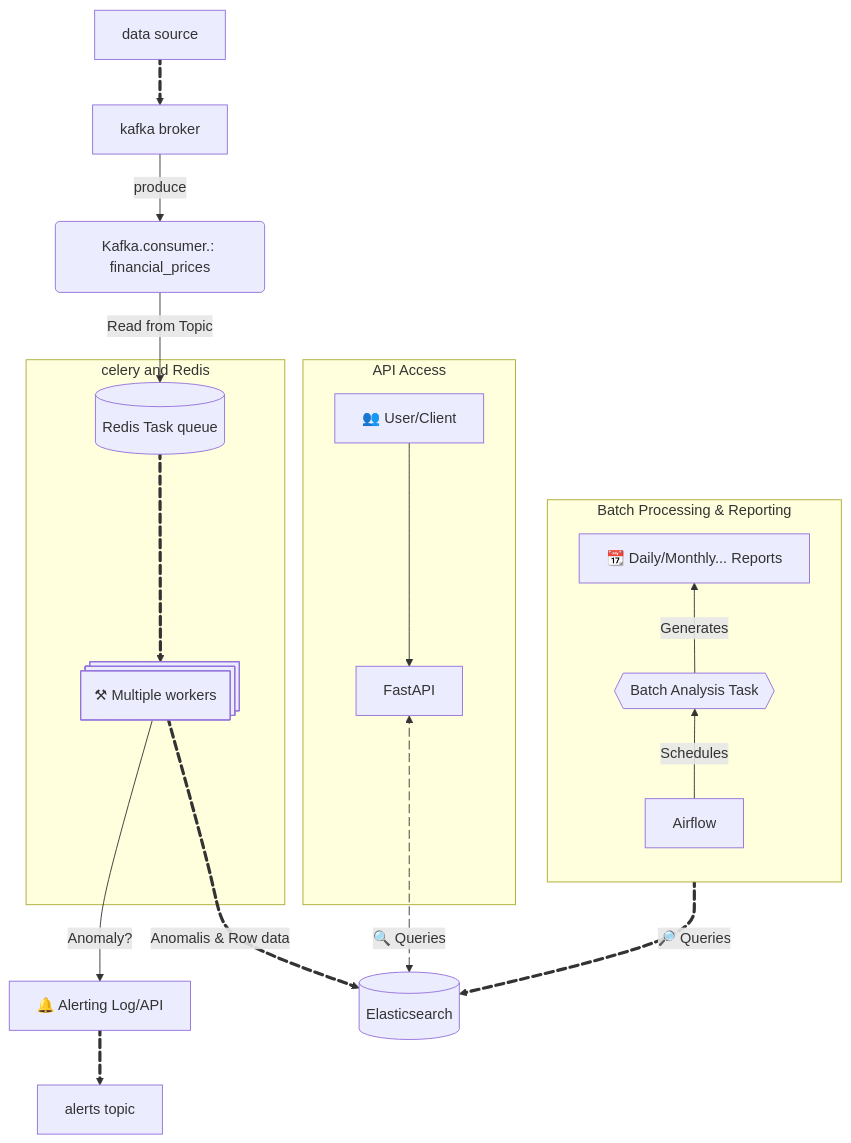
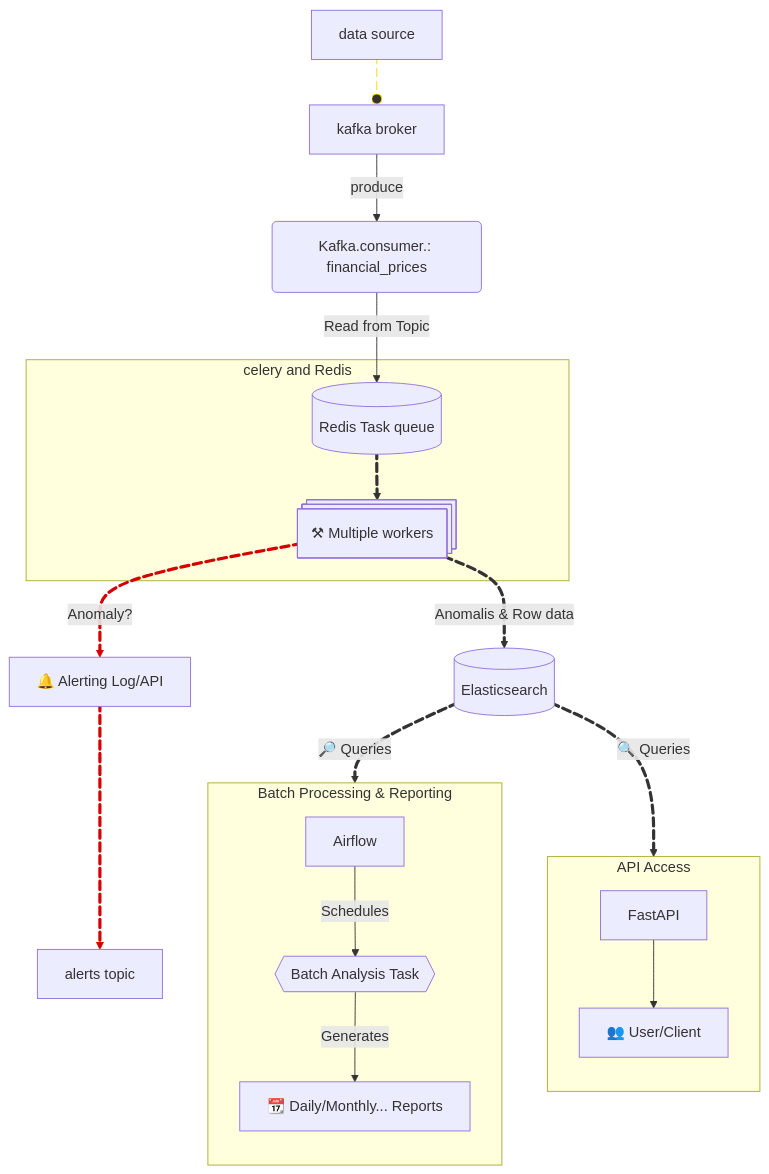
The diagram in README.md (Jounaidayoub/finance), drawn with Mermaid before and after one commit. The commit also changed other lines of this file, not shown here.

Commit message:
changed the flow style in README.md

````diff
--- a/README.md
+++ b/README.md
@@ -19,62 +19,104 @@
 ```mermaid
-flowchart TD
+flowchart TB
+ subgraph subGraph0["celery and Redis"]
+        C["⚒ Multiple workers"]
+        Redis[("Redis Task queue")]
+  end
+ subgraph subGraph1["Batch Processing & Reporting"]
+    direction TB
+        F["Airflow"]
+        G{{"Batch Analysis Task"}}
+        H["📆 Daily/Monthly... Reports"]
+  end
+ subgraph subGraph2["API Access"]
+    direction TB
+        J["👥 User/Client"]
+        I["FastAPI"]
+  end
+    A["data source"] e3@-.-o Kafka_broker["kafka broker"]
+    Kafka_broker -- produce --> B("Kafka.consumer.: financial_prices")
+    B -- Read from Topic --> Redis
+    C e8@== Anomaly? ==> D["🔔 Alerting Log/API"]
+    D e2@==> alerts["alerts topic"]
+    C e5@== Anomalis & Row data ==> E[("Elasticsearch")]
+    F -- Schedules --> G
+    E e7@== 🔎 Queries ==> subGraph1
+    G -- Generates --> H
+    E e6@== 🔍 Queries ==> subGraph2
+    I --> J
+    Redis e4@==> C
 
-    %% X[asd]
-    %% Y[asd]
-    %% X e1@==> Y
-    A[data source] e3@==>
-    Kafka_broker["kafka broker"]--produce-->B(Kafka.consumer.: financial_prices);
+    C@{ shape: processes}
+    style subGraph0 color:none
+    linkStyle 0 stroke:#FFD600,fill:none
+    linkStyle 3 stroke:#D50000
+    linkStyle 4 stroke:#D50000,fill:none
+
+    e3@{ animate: true, animation: slow } 
+    e8@{ animate: true } 
+    e2@{ animate: true } 
+    e5@{ animate: true } 
+    e7@{ animate: true } 
+    e6@{ animate: true } 
+    e4@{ animate: true } 
+%% flowchart TD
+
+%%     %% X[asd]
+%%     %% Y[asd]
+%%     %% X e1@==> Y
+%%     A[data source] e3@==>
+%%     Kafka_broker["kafka broker"]--produce-->B(Kafka.consumer.: financial_prices);
      
-    %% B -- Price Stream -->C@{ shape: processes, label: "Multiple workers" }
-    B -- Read from Topic -->Redis[("Redis Task queue")];
-    C -- Anomaly? --> D[🔔 Alerting Log/API] 
-    D e2@==> alerts
-    alerts[alerts topic];
-    E[(" Elasticsearch")];
-    C e5@==Anomalis & Row data==> E
-    e5@{ animate: true }
-    e2@{ animate: true }
+%%     %% B -- Price Stream -->C@{ shape: processes, label: "Multiple workers" }
+%%     B -- Read from Topic -->Redis[("Redis Task queue")];
+%%     C -- Anomaly? --> D[🔔 Alerting Log/API] 
+%%     D e2@==> alerts
+%%     alerts[alerts topic];
+%%     E[(" Elasticsearch")];
+%%     C e5@==Anomalis & Row data==> E
+%%     e5@{ animate: true }
+%%     e2@{ animate: true }
 
     
-    F[Airflow] -- Schedules --> G{{Batch Analysis Task <DAG>}};
-    G e7@ == 🔎 Queries ==> E;
-    e7@{ animate: true }
-    G -- Generates --> H[📆 Daily/Monthly... Reports];
-    I[FastAPI] e6@<-- " 🔍 Queries" --> E;
-    e6@{ animate: true }    
-    J[👥 User/Client] --> I;
-    e3@{ animate: true }
+%%     F[Airflow] -- Schedules --> G{{Batch Analysis Task <DAG>}};
+%%     G e7@ == 🔎 Queries ==> E;
+%%     e7@{ animate: true }
+%%     G -- Generates --> H[📆 Daily/Monthly... Reports];
+%%     I[FastAPI] e6@<-- " 🔍 Queries" --> E;
+%%     e6@{ animate: true }    
+%%     J[👥 User/Client] --> I;
+%%     e3@{ animate: true }
 
 
     
 
-    %% subgraph Real-time Processing
-    %%     B; C; D;
-    %% end
-    subgraph celery and Redis
-        %% direction TB
+%%     %% subgraph Real-time Processing
+%%     %%     B; C; D;
+%%     %% end
+%%     subgraph celery and Redis
+%%         %% direction TB
 
-        C@{ shape: processes, label: " ⚒ Multiple workers" }
-        Redis[("Redis Task queue")];
-        Redis e4@==> C
-        e4@{ animate: true }
-        %% Redis-->C;
-        %% C-->Redis
+%%         C@{ shape: processes, label: " ⚒ Multiple workers" }
+%%         Redis[("Redis Task queue")];
+%%         Redis e4@==> C
+%%         e4@{ animate: true }
+%%         %% Redis-->C;
+%%         %% C-->Redis
 
         
-        C
-    end
+%%         C
+%%     end
 
-    %% subgraph Data Storage & History
-    %%     E;
-    %% end
+%%     %% subgraph Data Storage & History
+%%     %%     E;
+%%     %% end
 
-    subgraph Batch Processing & Reporting
-        direction BT
-        F; G; H;
-    end
+%%     subgraph Batch Processing & Reporting
+%%         direction BT
+%%         F; G; H;
+%%     end
 
-    subgraph API Access
-        I; J;
-    end
+%%     subgraph API Access
+%%         I; J;
+%%     end
 ```
````
